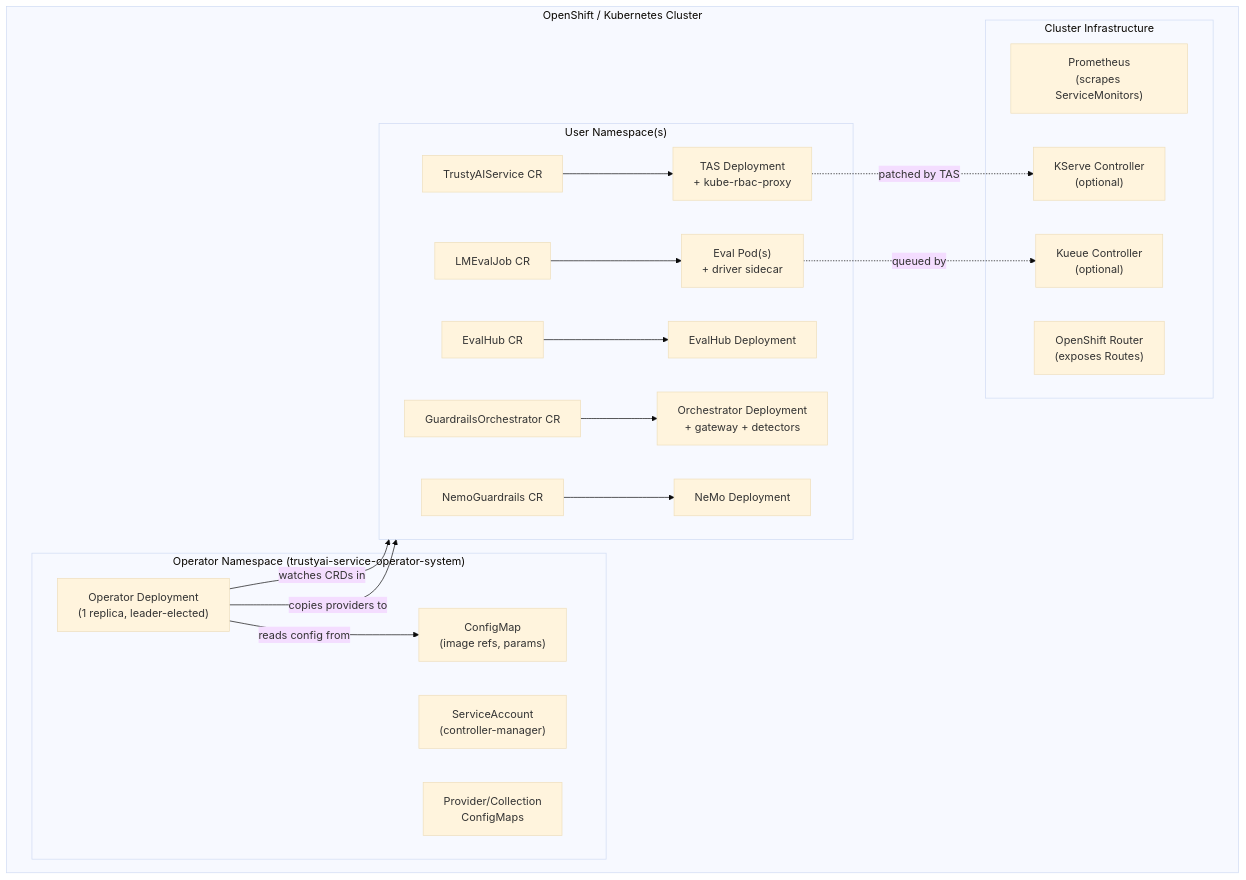
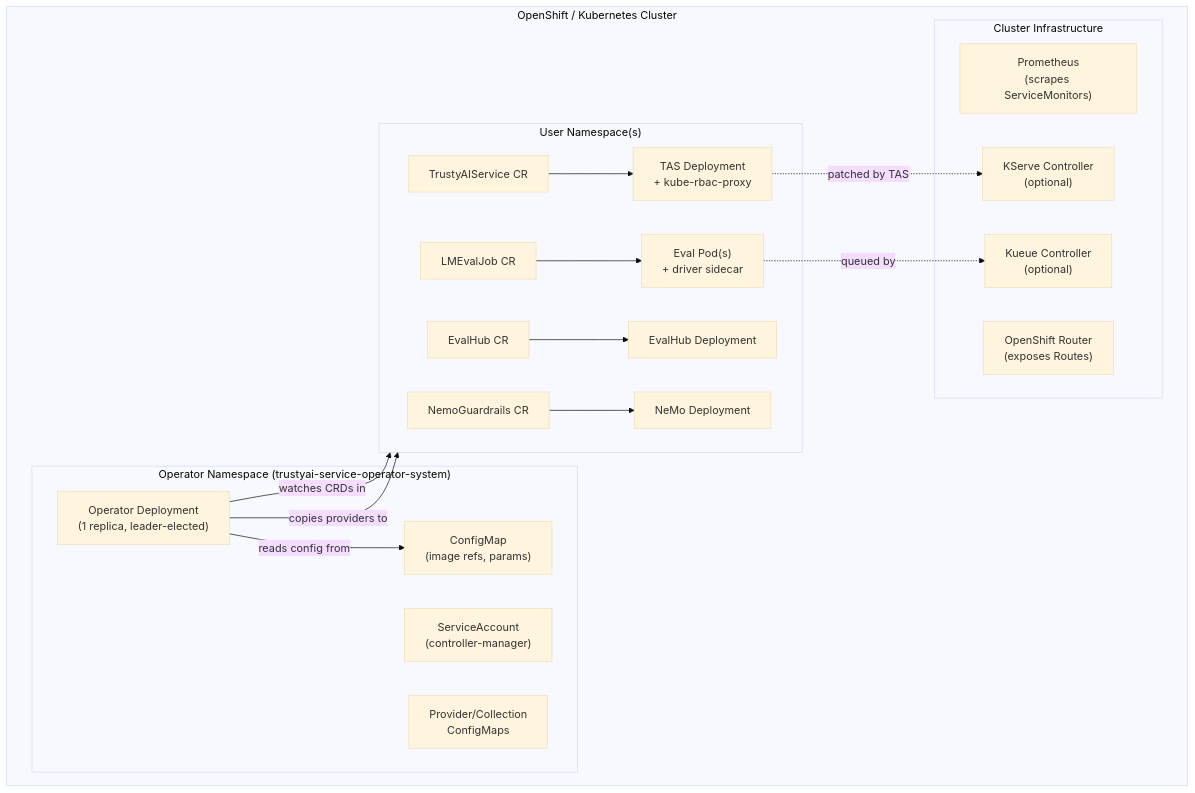
The eighth of 8 diagrams in ARCHITECTURE.md (trustyai-explainability/trustyai-service-operator), drawn with Mermaid (base theme) before and after one commit. The commit also changed other lines of this file and 97 other files, not shown here.

````diff
--- a/ARCHITECTURE.md
+++ b/ARCHITECTURE.md
@@ -408,32 +366,31 @@
 ```mermaid
 flowchart TB
     subgraph cluster["OpenShift / Kubernetes Cluster"]
         subgraph op_ns["Operator Namespace (trustyai-service-operator-system)"]
             op_deploy["Operator Deployment\n(1 replica, leader-elected)"]
             op_cm["ConfigMap\n(image refs, params)"]
             op_sa["ServiceAccount\n(controller-manager)"]
             provider_cms["Provider/Collection\nConfigMaps"]
         end
 
         subgraph user_ns["User Namespace(s)"]
             tas_cr["TrustyAIService CR"] --> tas_deploy["TAS Deployment\n+ kube-rbac-proxy"]
             lmes_cr["LMEvalJob CR"] --> lmes_pods["Eval Pod(s)\n+ driver sidecar"]
             evalhub_cr["EvalHub CR"] --> evalhub_deploy["EvalHub Deployment"]
-            gorch_cr["GuardrailsOrchestrator CR"] --> gorch_deploy["Orchestrator Deployment\n+ gateway + detectors"]
             nemo_cr["NemoGuardrails CR"] --> nemo_deploy["NeMo Deployment"]
         end
 
         subgraph infra["Cluster Infrastructure"]
             prom["Prometheus\n(scrapes ServiceMonitors)"]
             router["OpenShift Router\n(exposes Routes)"]
             kserve_ctrl["KServe Controller\n(optional)"]
             kueue_ctrl["Kueue Controller\n(optional)"]
         end
     end
 
     op_deploy -->|"watches CRDs in"| user_ns
     op_deploy -->|"reads config from"| op_cm
     op_deploy -->|"copies providers to"| user_ns
     tas_deploy -.->|"patched by TAS"| kserve_ctrl
     lmes_pods -.->|"queued by"| kueue_ctrl
 ```
````
